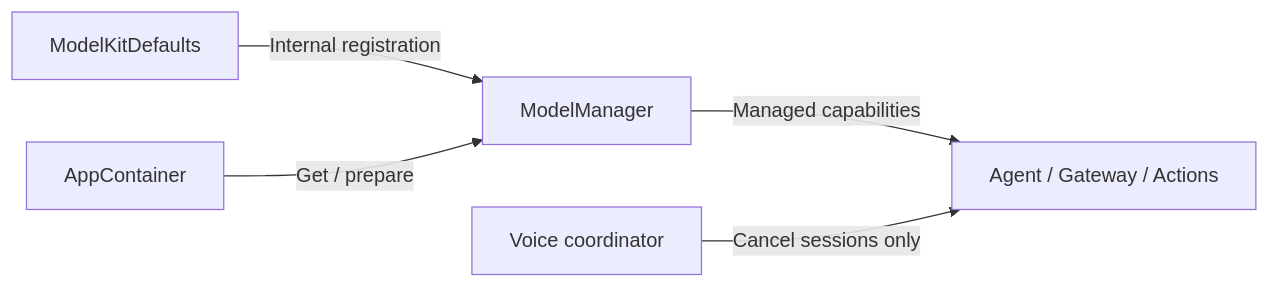
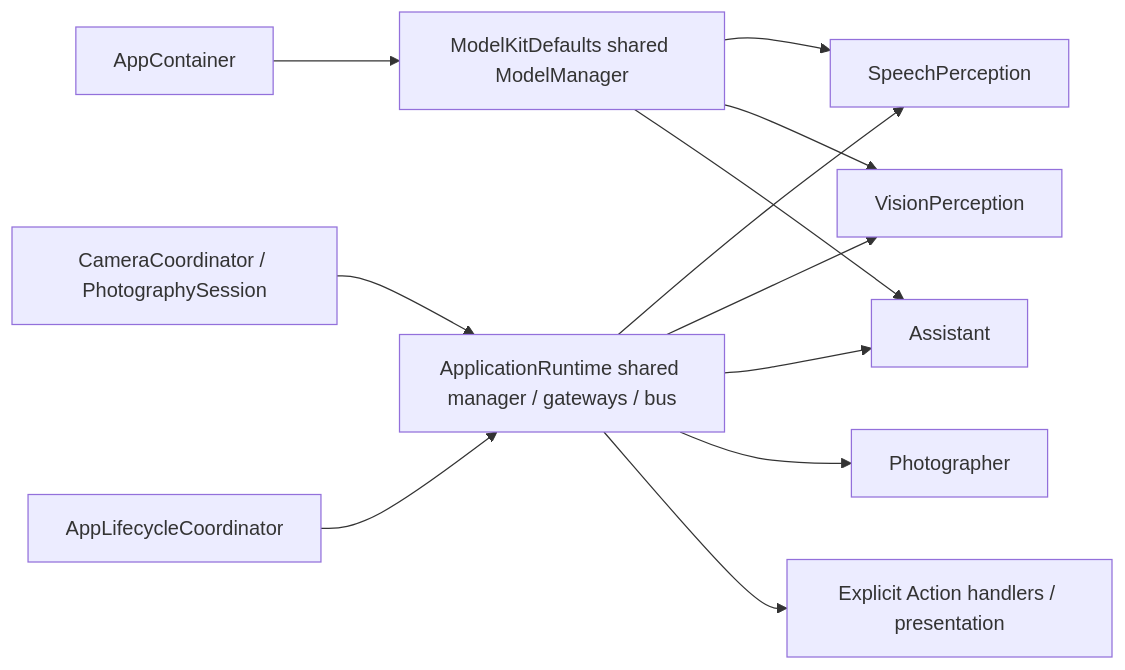
Before and after one commit to devilyouwei/MobileHarness: the diagram in MobileHarness/App/README.md, drawn with Mermaid. The commit also changed other lines of this file and 43 other files, not shown here.

Commit message:
Enforce pure gateway boundaries and complete perception migration validation

````diff
--- a/MobileHarness/App/README.md
+++ b/MobileHarness/App/README.md
@@ -87,7 +9,14 @@
 ```mermaid
 flowchart LR
-    Defaults[ModelKitDefaults] -->|Internal registration| Models[ModelManager]
-    App[AppContainer] -->|Get / prepare| Models
-    Models -->|Managed capabilities| Consumers[Agent / Gateway / Actions]
-    Voice[Voice coordinator] -->|Cancel sessions only| Consumers
+    Camera[CameraCoordinator / PhotographySession] --> Runtime[ApplicationRuntime shared manager / gateways / bus]
+    Voice[AppLifecycleCoordinator] --> Runtime
+    Runtime --> Speech[SpeechPerception]
+    Runtime --> Vision[VisionPerception]
+    Runtime --> Assistant
+    Runtime --> Photographer
+    Runtime --> Handlers[Explicit Action handlers / presentation]
+    Container[AppContainer] --> Models[ModelKitDefaults shared ModelManager]
+    Models --> Speech
+    Models --> Vision
+    Models --> Assistant
 ```
````
